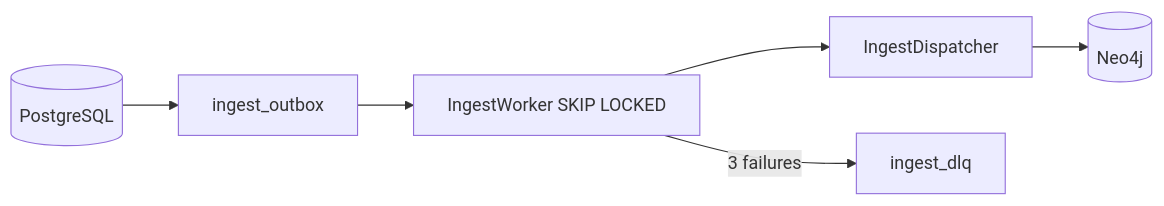
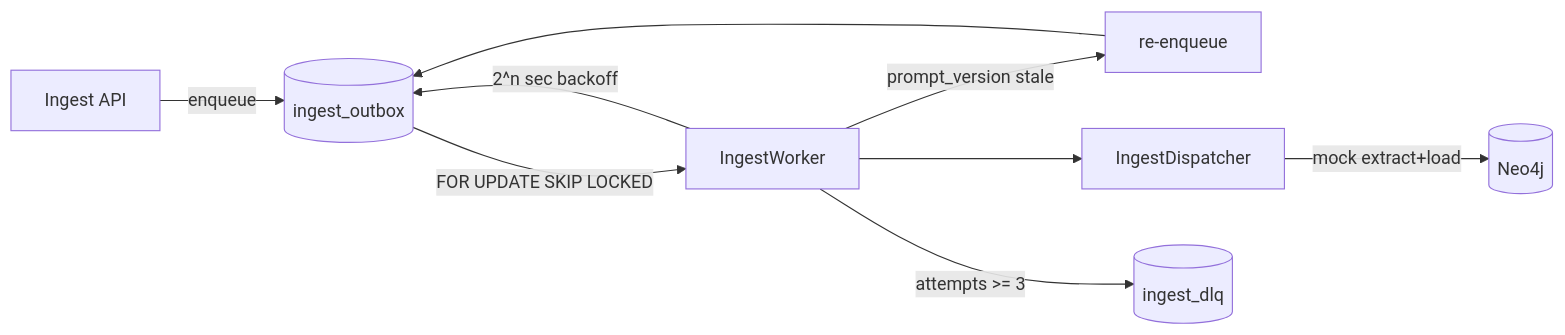
The diagram in docs/outbox_ingest.md (kakao4-KAKAMU/KAKAMU_DE), drawn with Mermaid before and after one commit. The commit also changed other lines of this file and 4 other files, not shown here.

First line of the commit message:
fix: outbox re-enqueue on prompt_version drift and mock pipeline

````diff
--- a/docs/outbox_ingest.md
+++ b/docs/outbox_ingest.md
@@ -3,8 +7,11 @@
 ```mermaid
 flowchart LR
-    PG[(PostgreSQL)] --> Outbox[ingest_outbox]
-    Outbox --> Worker[IngestWorker SKIP LOCKED]
+    API[Ingest API] -->|enqueue| Outbox[(ingest_outbox)]
+    Outbox -->|FOR UPDATE SKIP LOCKED| Worker[IngestWorker]
+    Worker -->|prompt_version stale| ReQ[re-enqueue]
+    ReQ --> Outbox
     Worker --> Dispatcher[IngestDispatcher]
-    Dispatcher --> Neo4j[(Neo4j)]
-    Worker -->|3 failures| DLQ[ingest_dlq]
+    Dispatcher -->|mock extract+load| Neo4j[(Neo4j)]
+    Worker -->|attempts >= 3| DLQ[(ingest_dlq)]
+    Worker -->|2^n sec backoff| Outbox
 ```
````
